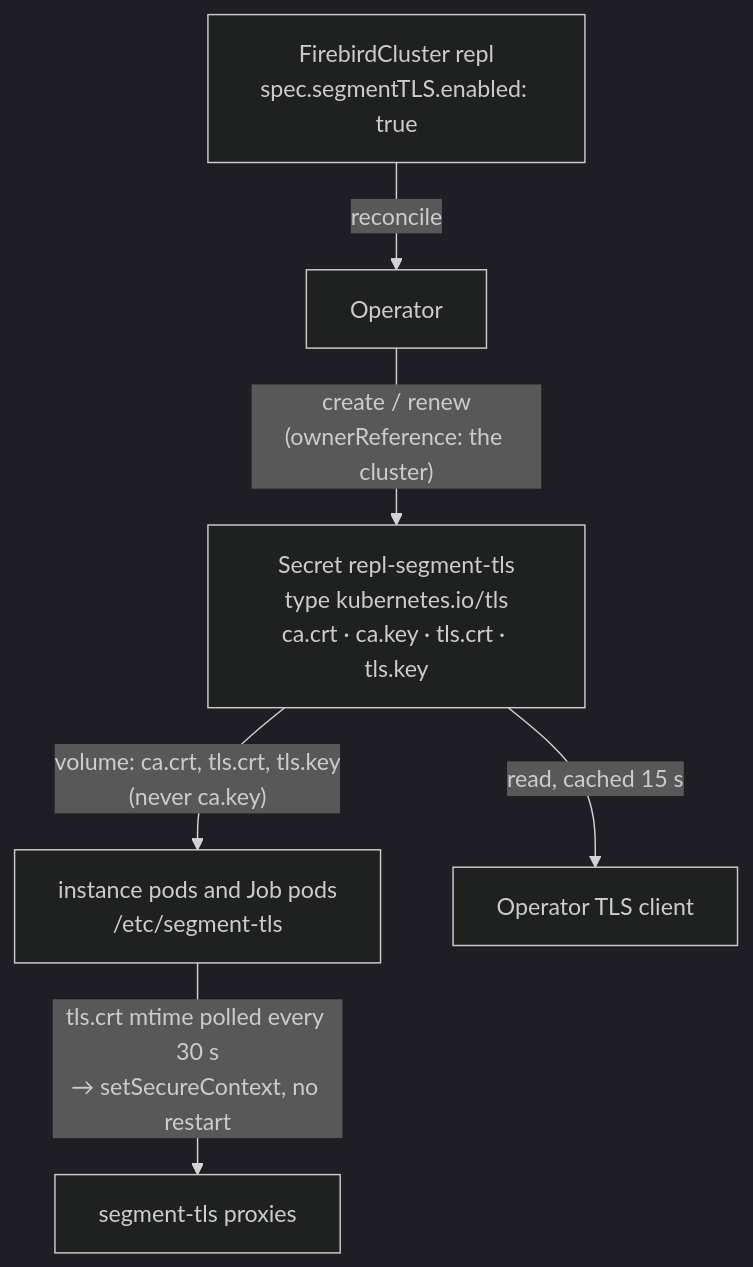
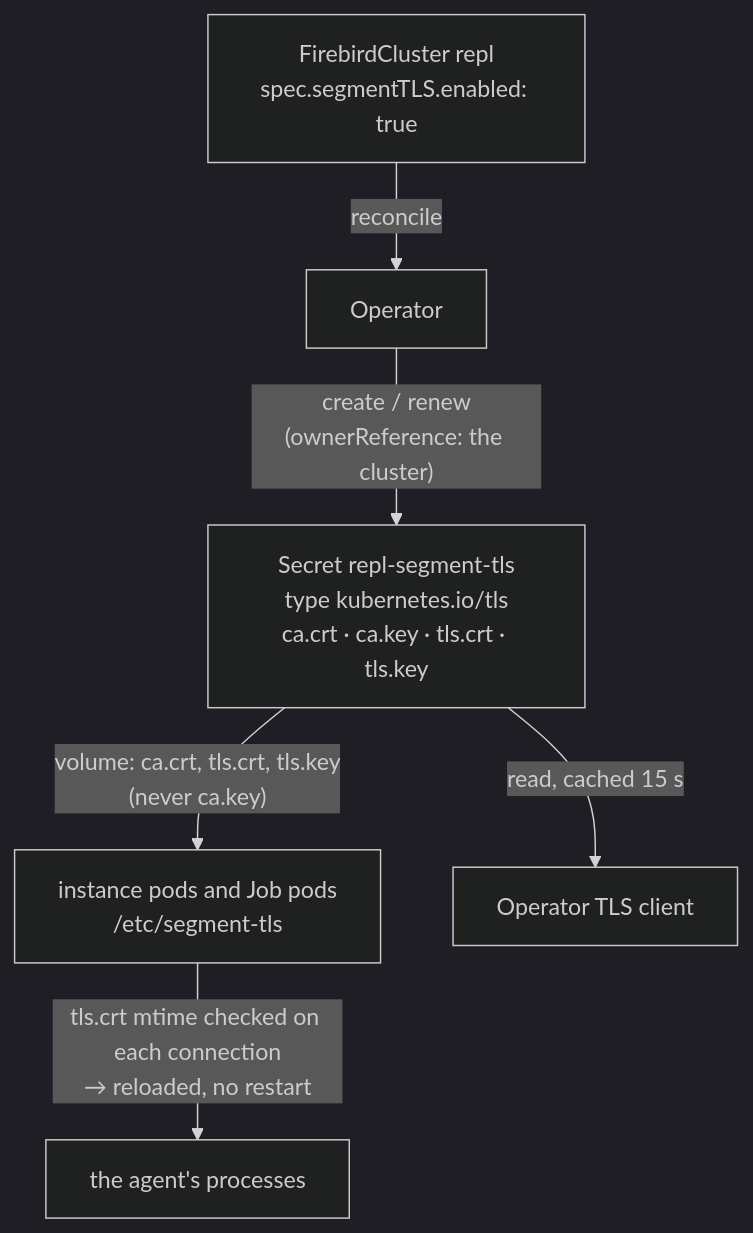
Before and after one commit to mariuz/cloudnative-firebird: the third of 4 diagrams in docs/segment-tls.md, drawn with Mermaid (dark theme). The commit also changed other lines of this file and 36 other files, not shown here.

````diff
--- a/docs/segment-tls.md
+++ b/docs/segment-tls.md
@@ -226,8 +212,8 @@
 ```mermaid
 flowchart TB
   CR["FirebirdCluster repl<br/>spec.segmentTLS.enabled: true"] -->|reconcile| OPR[Operator]
   OPR -->|"create / renew<br/>(ownerReference: the cluster)"| SEC["Secret repl-segment-tls<br/>type kubernetes.io/tls<br/>ca.crt · ca.key · tls.crt · tls.key"]
   SEC -->|"volume: ca.crt, tls.crt, tls.key<br/>(never ca.key)"| PODS["instance pods and Job pods<br/>/etc/segment-tls"]
   SEC -->|"read, cached 15 s"| OPC[Operator TLS client]
-  PODS -->|"tls.crt mtime polled every 30 s<br/>→ setSecureContext, no restart"| PX[segment-tls proxies]
+  PODS -->|"tls.crt mtime checked on each connection<br/>→ reloaded, no restart"| PX[the agent's processes]
 ```
````
